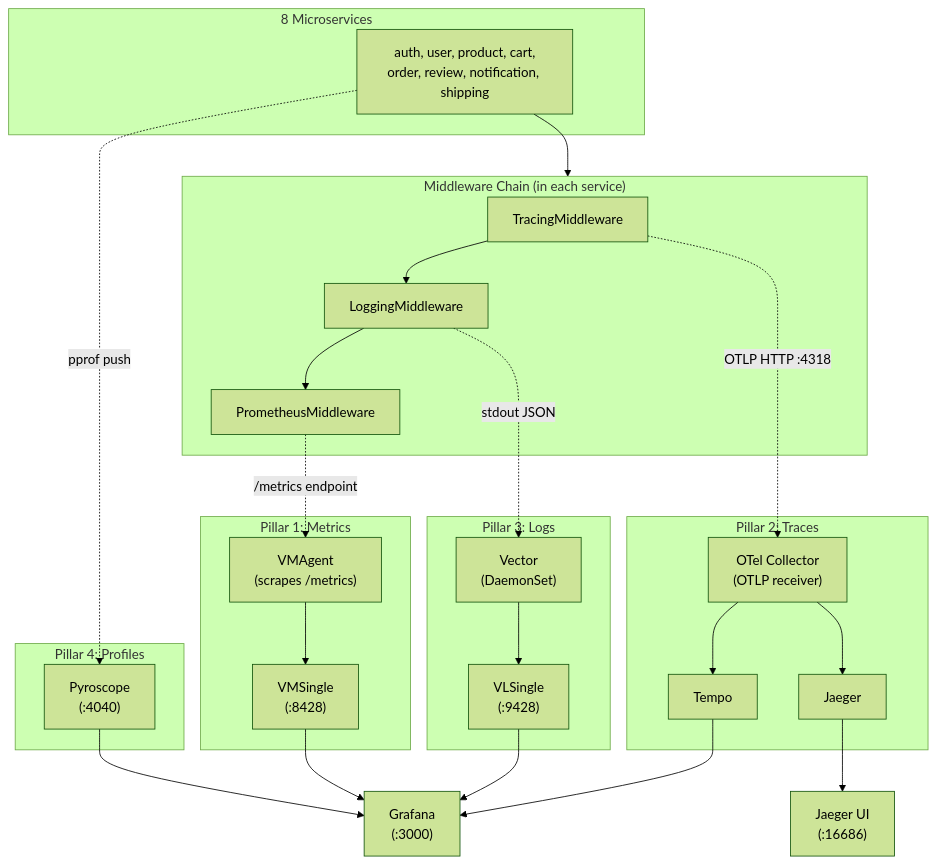
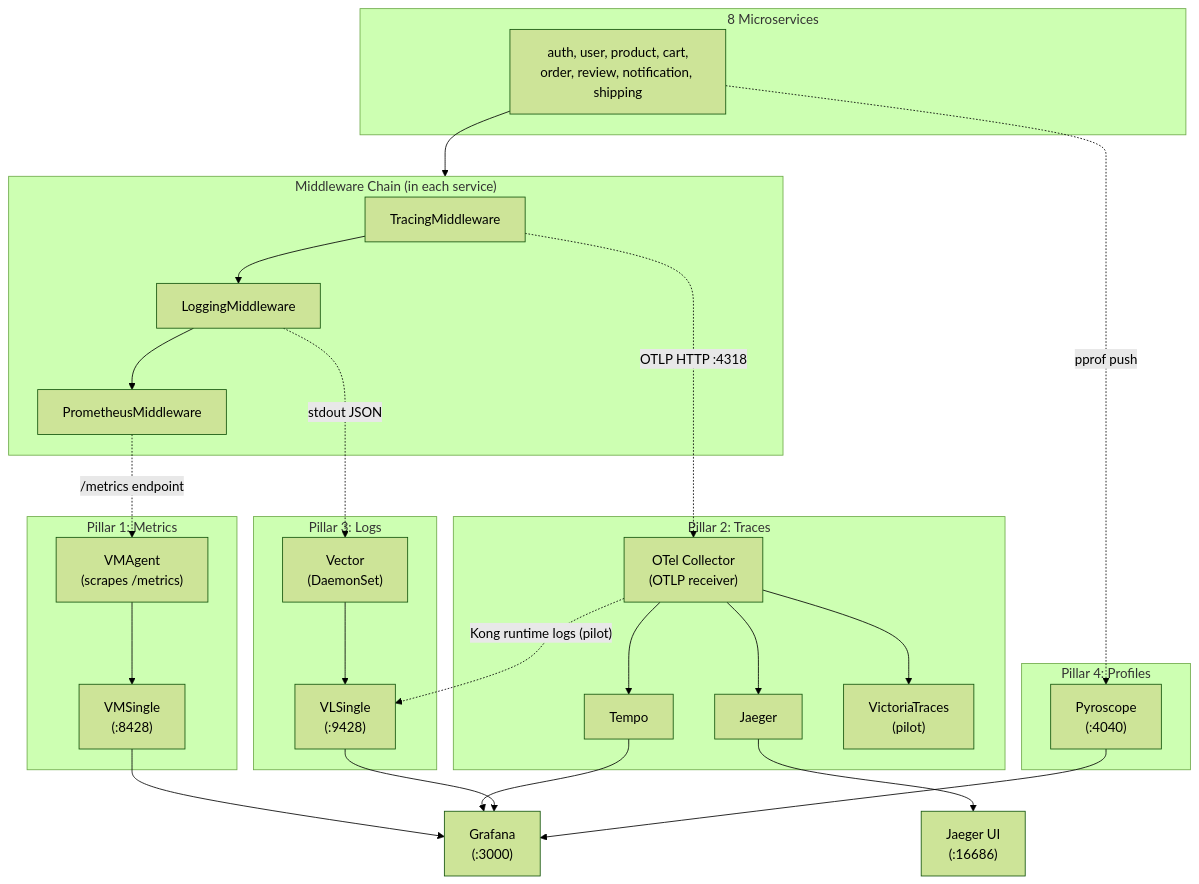
The third of 7 diagrams in docs/observability/runbooks/observability-deep-dive.md (duynhlab/homelab), drawn with Mermaid (forest theme) before and after one commit. The commit also changed other lines of this file and 10 other files, not shown here.

````diff
--- a/docs/observability/runbooks/observability-deep-dive.md
+++ b/docs/observability/runbooks/observability-deep-dive.md
@@ -173,39 +173,41 @@
 ```mermaid
 flowchart TD
     subgraph apps ["8 Microservices"]
         S["auth, user, product, cart,\norder, review, notification, shipping"]
     end
 
     subgraph middleware ["Middleware Chain (in each service)"]
         M1["TracingMiddleware"] --> M2["LoggingMiddleware"] --> M3["PrometheusMiddleware"]
     end
 
     subgraph metrics ["Pillar 1: Metrics"]
         VMAgent["VMAgent\n(scrapes /metrics)"] --> VMSingle["VMSingle\n(:8428)"]
     end
 
     subgraph traces ["Pillar 2: Traces"]
         OTel["OTel Collector\n(OTLP receiver)"] --> Tempo["Tempo"]
         OTel --> Jaeger["Jaeger"]
+        OTel --> VT["VictoriaTraces\n(pilot)"]
     end
 
     subgraph logs ["Pillar 3: Logs"]
         Vector["Vector\n(DaemonSet)"] --> VLSingle["VLSingle\n(:9428)"]
     end
+    OTel -.->|"Kong runtime logs (pilot)"| VLSingle
 
     subgraph profiles ["Pillar 4: Profiles"]
         Pyroscope["Pyroscope\n(:4040)"]
     end
 
     S --> middleware
     M3 -.->|"/metrics endpoint"| VMAgent
     M1 -.->|"OTLP HTTP :4318"| OTel
     M2 -.->|"stdout JSON"| Vector
     S -.->|"pprof push"| Pyroscope
 
     VMSingle --> Grafana["Grafana\n(:3000)"]
     Tempo --> Grafana
     VLSingle --> Grafana
     Pyroscope --> Grafana
     Jaeger --> JaegerUI["Jaeger UI\n(:16686)"]
 ```
````
